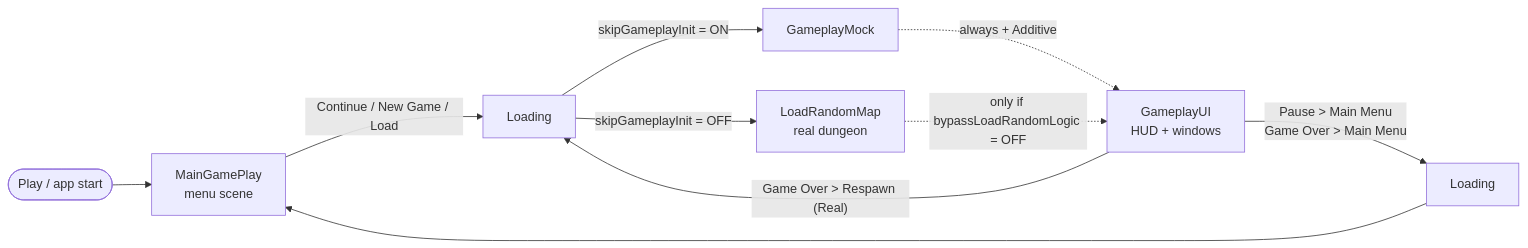
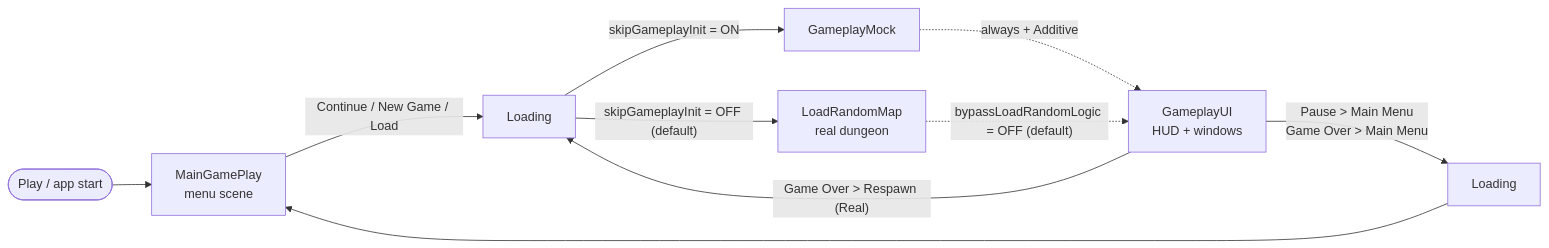
The first of 3 diagrams in docs/ui/ui-ux-flow.md (kay6198835/Game-RPG), drawn with Mermaid before and after one commit. The commit also changed other lines of this file and 51 other files, not shown here.

````diff
--- a/docs/ui/ui-ux-flow.md
+++ b/docs/ui/ui-ux-flow.md
@@ -32,11 +42,11 @@
 ```mermaid
 flowchart LR
     Boot([Play / app start]) --> MGP[MainGamePlay<br/>menu scene]
     MGP -- "Continue / New Game / Load" --> L1[Loading]
+    L1 -- "skipGameplayInit = OFF (default)" --> Real[LoadRandomMap<br/>real dungeon]
     L1 -- "skipGameplayInit = ON" --> Mock[GameplayMock]
-    L1 -- "skipGameplayInit = OFF" --> Real[LoadRandomMap<br/>real dungeon]
     Mock -. "always + Additive" .-> GUI[GameplayUI<br/>HUD + windows]
-    Real -. "only if bypassLoadRandomLogic = OFF" .-> GUI
+    Real -. "bypassLoadRandomLogic = OFF (default)" .-> GUI
     GUI -- "Pause > Main Menu<br/>Game Over > Main Menu" --> L2[Loading] --> MGP
     GUI -- "Game Over > Respawn (Real)" --> L1
 ```
````
